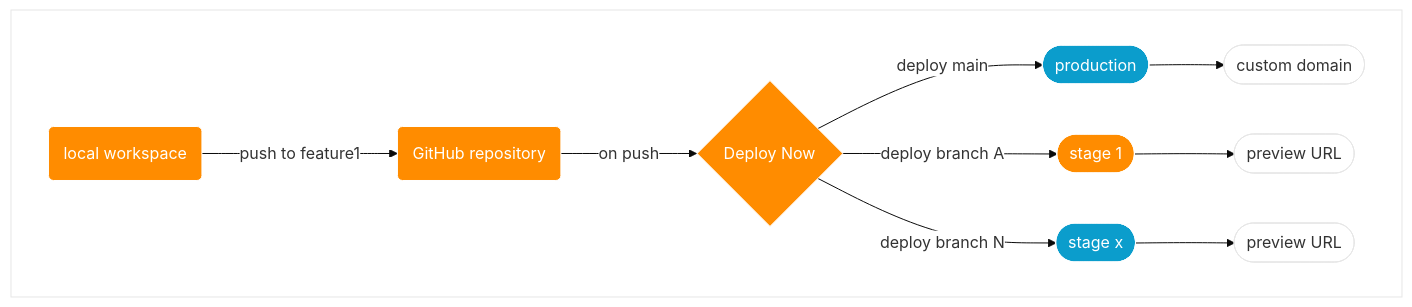
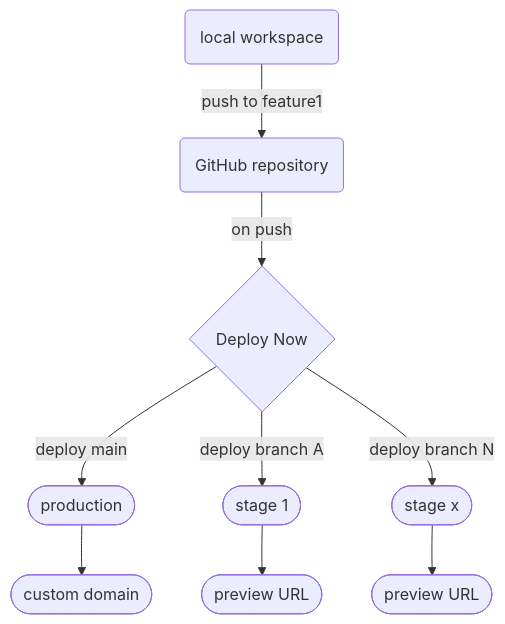
One commit to ionos-deploy-now/documentation changed the first of 2 diagrams in content/docs/staging-deployments.md. Above: the diagram before and after it, drawn with Mermaid. The commit also changed other lines of this file and 5 other files, not shown here.

Commit message:
fix: mermaid colors

```diff
--- a/content/docs/staging-deployments.md
+++ b/content/docs/staging-deployments.md
@@ -13,16 +13,11 @@
 ~~~mermaid
-%%{init: {'theme': 'base', 'themeVariables': { 'primaryColor': '#fff'}, 'darkMode': 'true'}}%%
 graph TD
-    subgraph id[ ]
-        A(local workspace):::active -->|push to feature1| B(GitHub repository):::active
-        B -->|on push| C{Deploy Now}:::active
-        C -->|deploy main| D([production]):::inactive
-        C -->|deploy branch A| E([stage 1]):::active
-        C -->|deploy branch N| F([stage x]):::inactive
-        D --> D1([custom domain])
-        E --> E1([preview URL])
-        F --> F1([preview URL])
-    end
-    classDef active fill:#ff8c00,stroke:#fff,stroke-width:1px,color:#fff
-    classDef inactive fill:#0b9dcc,stroke:#fff,stroke-width:1px,color:#fff
+    A(local workspace):::active -->|push to feature1| B(GitHub repository):::active
+    B -->|on push| C{Deploy Now}:::active
+    C -->|deploy main| D([production]):::inactive
+    C -->|deploy branch A| E([stage 1]):::active
+    C -->|deploy branch N| F([stage x]):::inactive
+    D --> D1([custom domain])
+    E --> E1([preview URL]):::active
+    F --> F1([preview URL])
 ~~~
```
